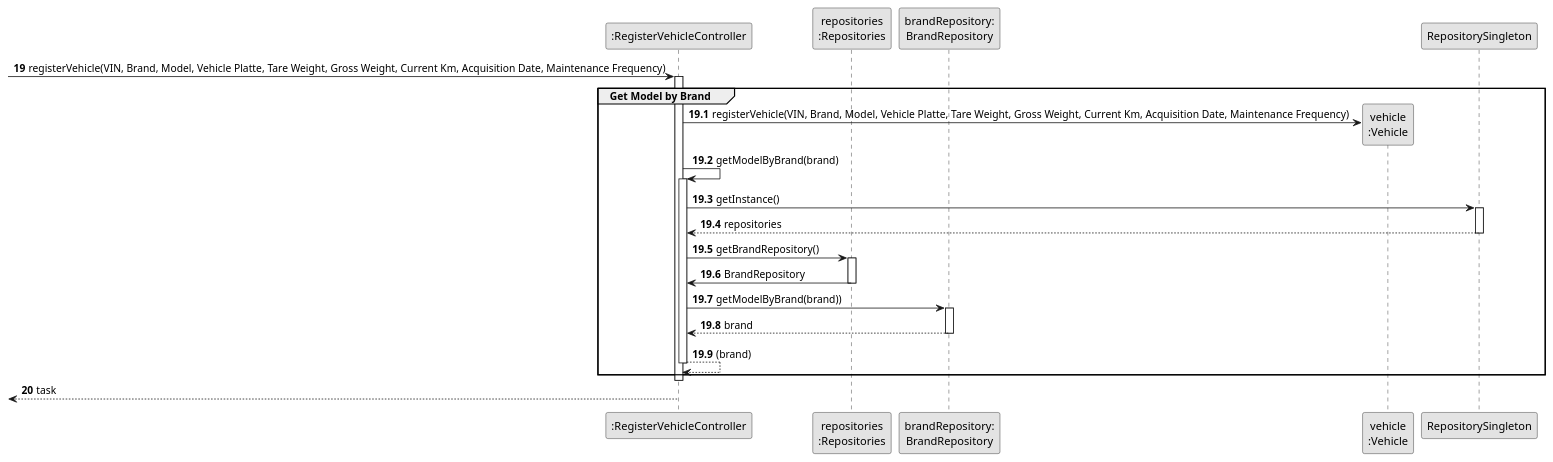
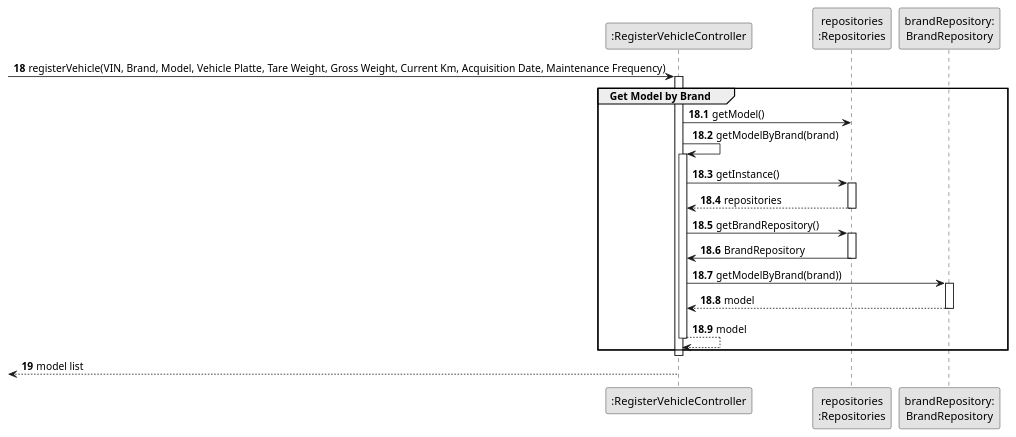
One commit to ricardomm7/leaflink changed the diagram in docs/sprintB/us006/03.design/puml/us006-sequence-diagram-partial-get-model-by-brand.puml. Above: the diagram before and after it, drawn with PlantUML. The commit also changed 5 other files, not shown here.

Commit message:
LFC2-88 <Correct sequence diagram issues> LFC2-90 <correct sequence diagram issues>

```diff
--- a/docs/sprintB/us006/03.design/puml/us006-sequence-diagram-partial-get-model-by-brand.puml
+++ b/docs/sprintB/us006/03.design/puml/us006-sequence-diagram-partial-get-model-by-brand.puml
@@ -1,53 +1,50 @@
 @startuml
 skinparam monochrome true
 skinparam packageStyle rectangle
 skinparam shadowing false
 
 participant ":RegisterVehicleController" as CTRL
 participant "repositories\n:Repositories" as PLAT
 participant "brandRepository:\nBrandRepository" as BrandRepository
-participant "vehicle\n:Vehicle" as VEI
 
-autonumber 19
+autonumber 18
 -> CTRL : registerVehicle(VIN, Brand, Model, Vehicle Platte, Tare Weight, Gross Weight, Current Km, Acquisition Date, Maintenance Frequency)
 
-autonumber 19.1
+autonumber 18.1
 activate CTRL
     group Get Model by Brand
 
-        CTRL -> VEI**: registerVehicle(VIN, Brand, Model, Vehicle Platte, Tare Weight, Gross Weight, Current Km, Acquisition Date, Maintenance Frequency)
+CTRL -> PLAT : getModel()
+            CTRL -> CTRL : getModelByBrand(brand)
+                                activate CTRL
 
-            CTRL -> CTRL : getModelByBrand(brand)
-            activate CTRL
+                                    CTRL -> PLAT : getInstance()
+                                    activate PLAT
 
-            CTRL -> RepositorySingleton : getInstance()
-            activate RepositorySingleton
+                                    PLAT --> CTRL: repositories
+                                    deactivate PLAT
 
-            RepositorySingleton --> CTRL: repositories
-            deactivate RepositorySingleton
+                                    CTRL -> PLAT : getBrandRepository()
+                                    activate PLAT
 
-            CTRL -> PLAT : getBrandRepository()
-            activate PLAT
+                                    PLAT -> CTRL : BrandRepository
+                                    deactivate PLAT
 
-            PLAT -> CTRL : BrandRepository
-             deactivate PLAT
+                                    CTRL -> BrandRepository : getModelByBrand(brand))
+                                    activate BrandRepository
 
-             CTRL -> BrandRepository : getModelByBrand(brand))
-             activate BrandRepository
+                                    BrandRepository --> CTRL : model
+                                    deactivate BrandRepository
 
-             BrandRepository --> CTRL : brand
-             deactivate BrandRepository
-
-        CTRL --> CTRL : (brand)
-        deactivate CTRL
-
+                                CTRL --> CTRL : model
+                                deactivate CTRL
 
     end
     deactivate CTRL
 
-    autonumber 20
-    <-- CTRL : task
+    autonumber 19
+    <-- CTRL : model list
 deactivate CTRL
 
 
 @enduml
```
